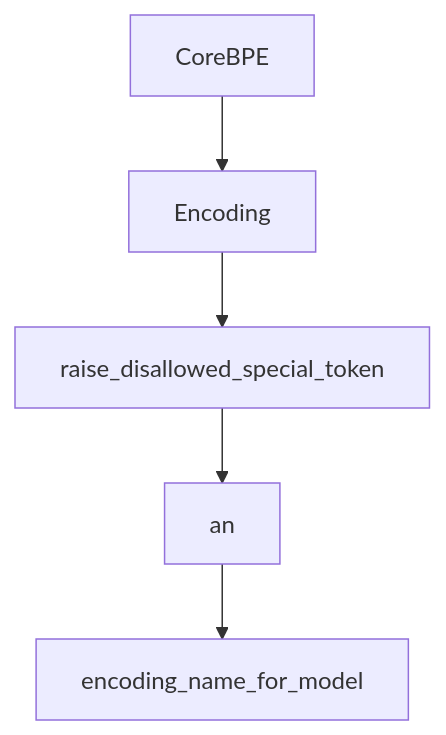
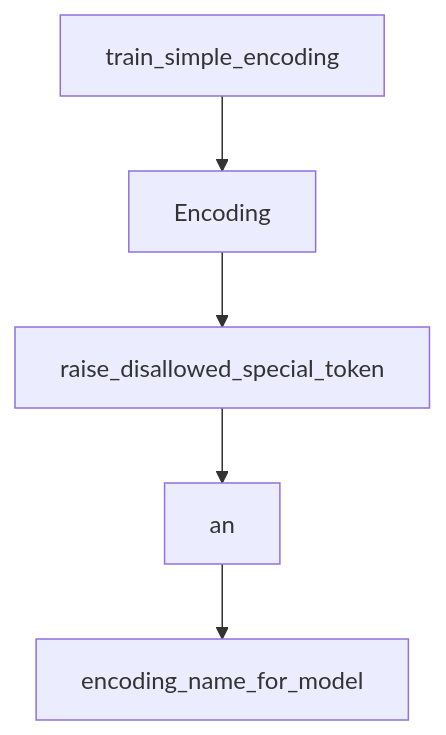
The diagram in tutorials/tiktoken-tutorial/05-optimization-strategies.md (johnxie/awesome-code-docs), drawn with Mermaid before and after one commit. The commit also changed other lines of this file and 1232 other files, not shown here.

````diff
--- a/tutorials/tiktoken-tutorial/05-optimization-strategies.md
+++ b/tutorials/tiktoken-tutorial/05-optimization-strategies.md
@@ -283,12 +268,12 @@
 ```mermaid
 flowchart TD
-    A[CoreBPE]
+    A[train_simple_encoding]
     B[Encoding]
     C[raise_disallowed_special_token]
     D[an]
     E[encoding_name_for_model]
     A --> B
     B --> C
     C --> D
     D --> E
 ```
````
